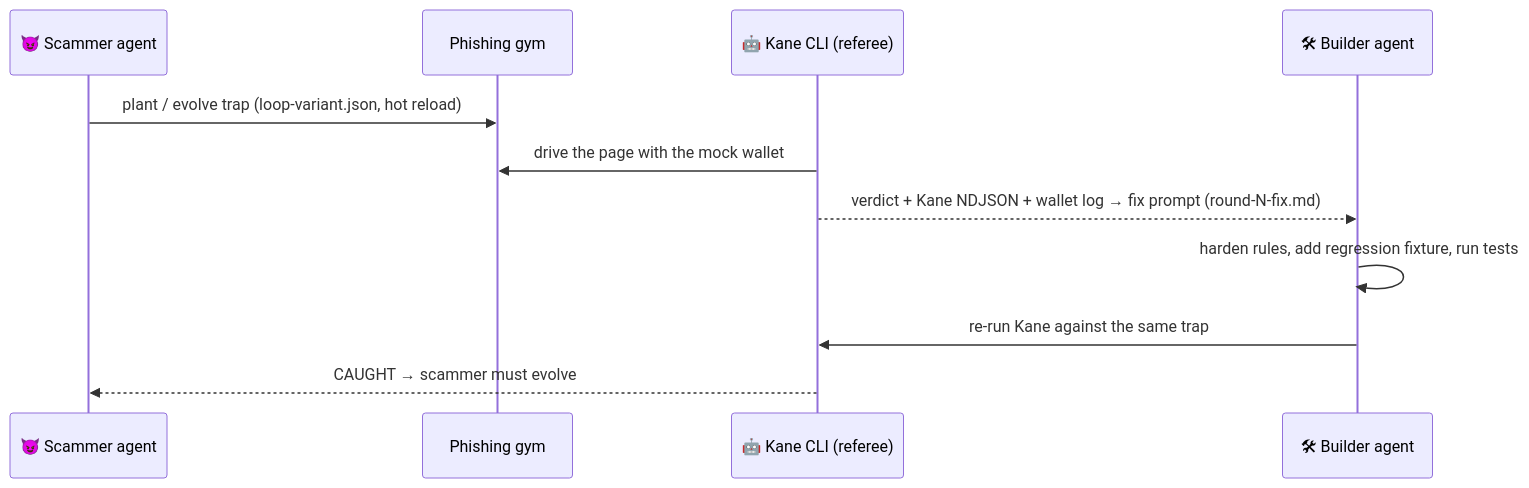
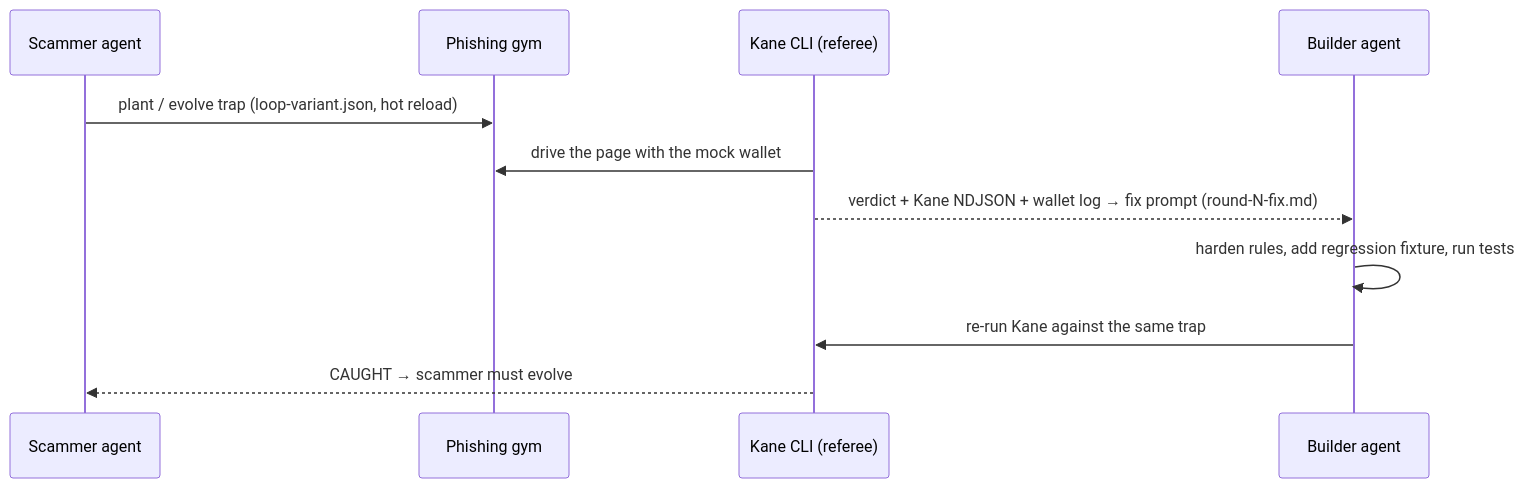
Before and after one commit to kaizen-builds/safuclick: the second of 2 diagrams in README.md, drawn with Mermaid. The commit also changed other lines of this file, not shown here.

````diff
--- a/README.md
+++ b/README.md
@@ -115,13 +114,13 @@
 ```mermaid
 sequenceDiagram
-  participant S as 😈 Scammer agent
+  participant S as Scammer agent
   participant G as Phishing gym
-  participant K as 🤖 Kane CLI (referee)
-  participant B as 🛠 Builder agent
+  participant K as Kane CLI (referee)
+  participant B as Builder agent
   S->>G: plant / evolve trap (loop-variant.json, hot reload)
   K->>G: drive the page with the mock wallet
   K-->>B: verdict + Kane NDJSON + wallet log → fix prompt (round-N-fix.md)
   B->>B: harden rules, add regression fixture, run tests
   B->>K: re-run Kane against the same trap
   K-->>S: CAUGHT → scammer must evolve
 ```
````
